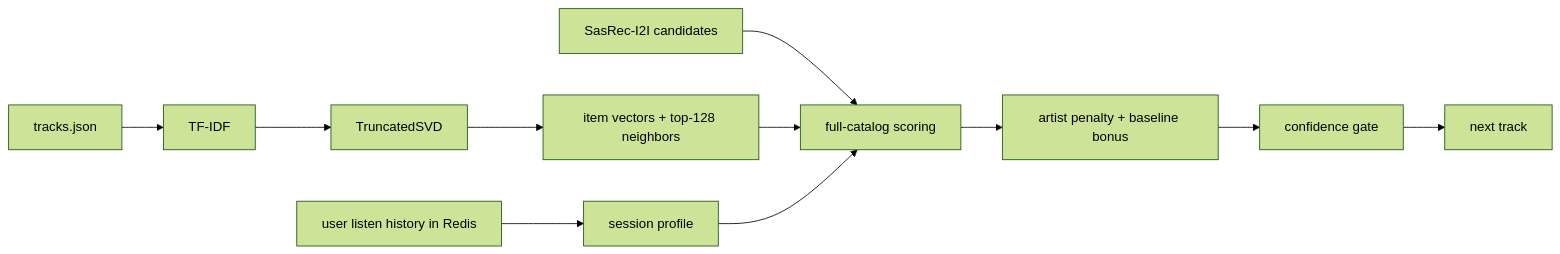
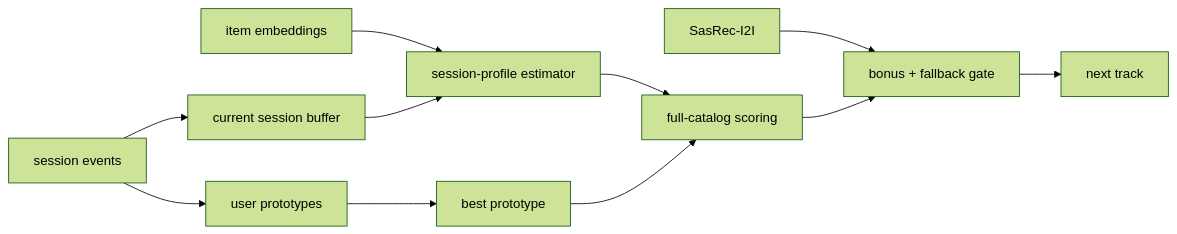
The diagram in report.md (anokhin/recsys-course-spring-2026), drawn with Mermaid (forest theme) before and after one commit. The commit also changed other lines of this file and 4 other files, not shown here.

````diff
--- a/report.md
+++ b/report.md
@@ -11,13 +11,13 @@
 ```mermaid
 flowchart LR
-    A[tracks.json] --> B[TF-IDF]
-    B --> C[TruncatedSVD]
-    C --> D[item vectors + top-128 neighbors]
-    E[user listen history in Redis] --> F[session profile]
-    H[SasRec-I2I candidates] --> G[full-catalog scoring]
-    D --> G[full-catalog scoring]
+    A[session events] --> B[current session buffer]
+    A --> C[user prototypes]
+    D[item embeddings] --> E[session-profile estimator]
+    B --> E
+    C --> F[best prototype]
+    E --> G[full-catalog scoring]
     F --> G
-    G --> I[artist penalty + baseline bonus]
-    I --> K[confidence gate]
-    K --> J[next track]
+    H[SasRec-I2I] --> I[bonus + fallback gate]
+    G --> I
+    I --> J[next track]
 ```
````
